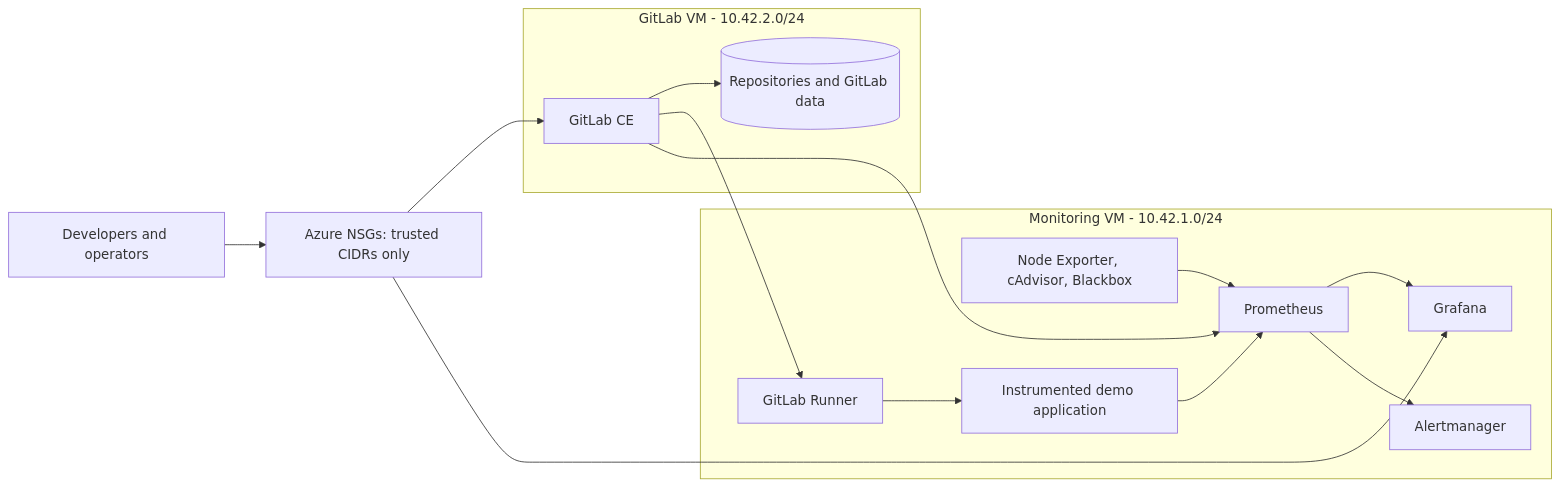
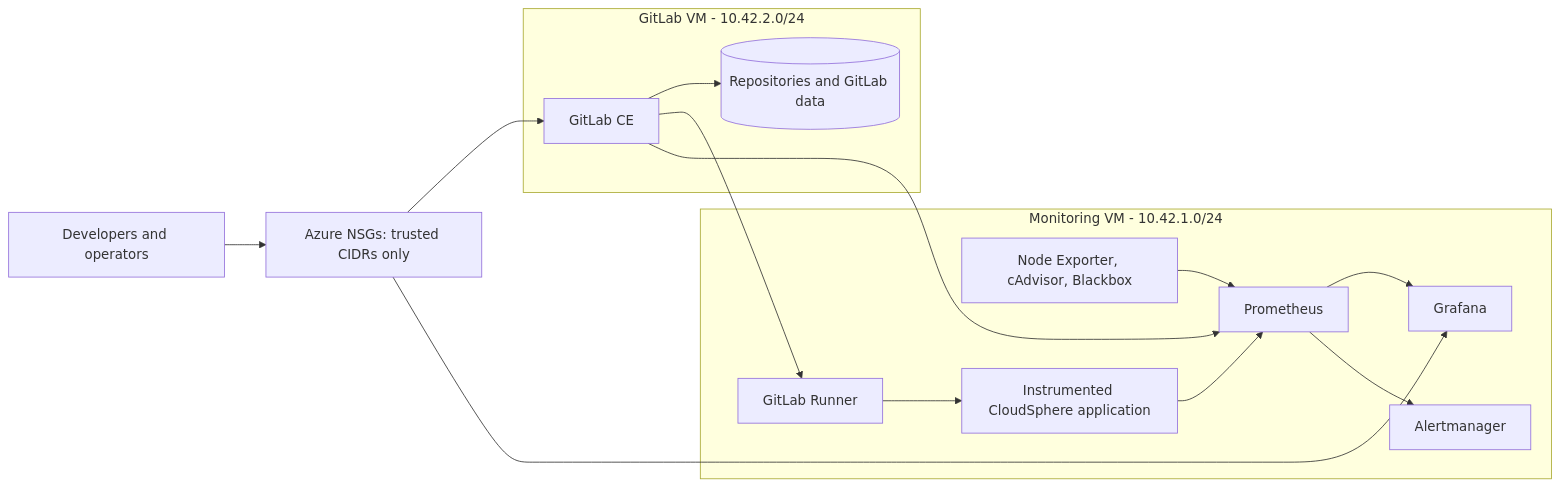
One commit to ibrahimalhabiab-web/CloudSphere changed the diagram in README.md. Above: the diagram before and after it, drawn with Mermaid. The commit also changed other lines of this file and 27 other files, not shown here.

Commit message:
Rename CloudSphere application and monitoring identifiers

````diff
--- a/README.md
+++ b/README.md
@@ -24,31 +24,31 @@
 ```mermaid
 flowchart LR
     User[Developers and operators]
     Azure[Azure NSGs: trusted CIDRs only]
 
     subgraph GitLabVM[GitLab VM - 10.42.2.0/24]
         GitLab[GitLab CE]
         Repositories[(Repositories and GitLab data)]
         GitLab --> Repositories
     end
 
     subgraph MonitoringVM[Monitoring VM - 10.42.1.0/24]
         Runner[GitLab Runner]
         Prometheus[Prometheus]
         Grafana[Grafana]
         Alertmanager[Alertmanager]
         Exporters[Node Exporter, cAdvisor, Blackbox]
-        Demo[Instrumented demo application]
-        Runner --> Demo
+        CloudSphereApp[Instrumented CloudSphere application]
+        Runner --> CloudSphereApp
         Exporters --> Prometheus
-        Demo --> Prometheus
+        CloudSphereApp --> Prometheus
         Prometheus --> Grafana
         Prometheus --> Alertmanager
     end
 
     User --> Azure
     Azure --> GitLab
     Azure --> Grafana
     GitLab --> Runner
     GitLab --> Prometheus
 ```
````
